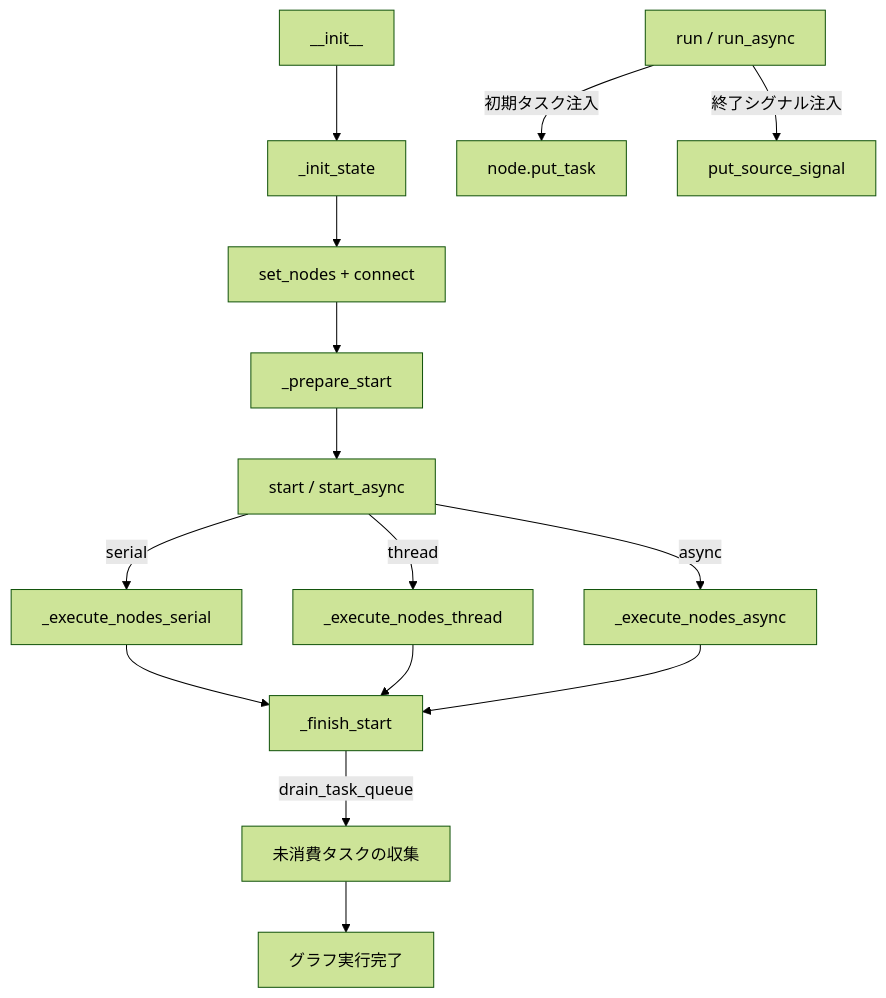
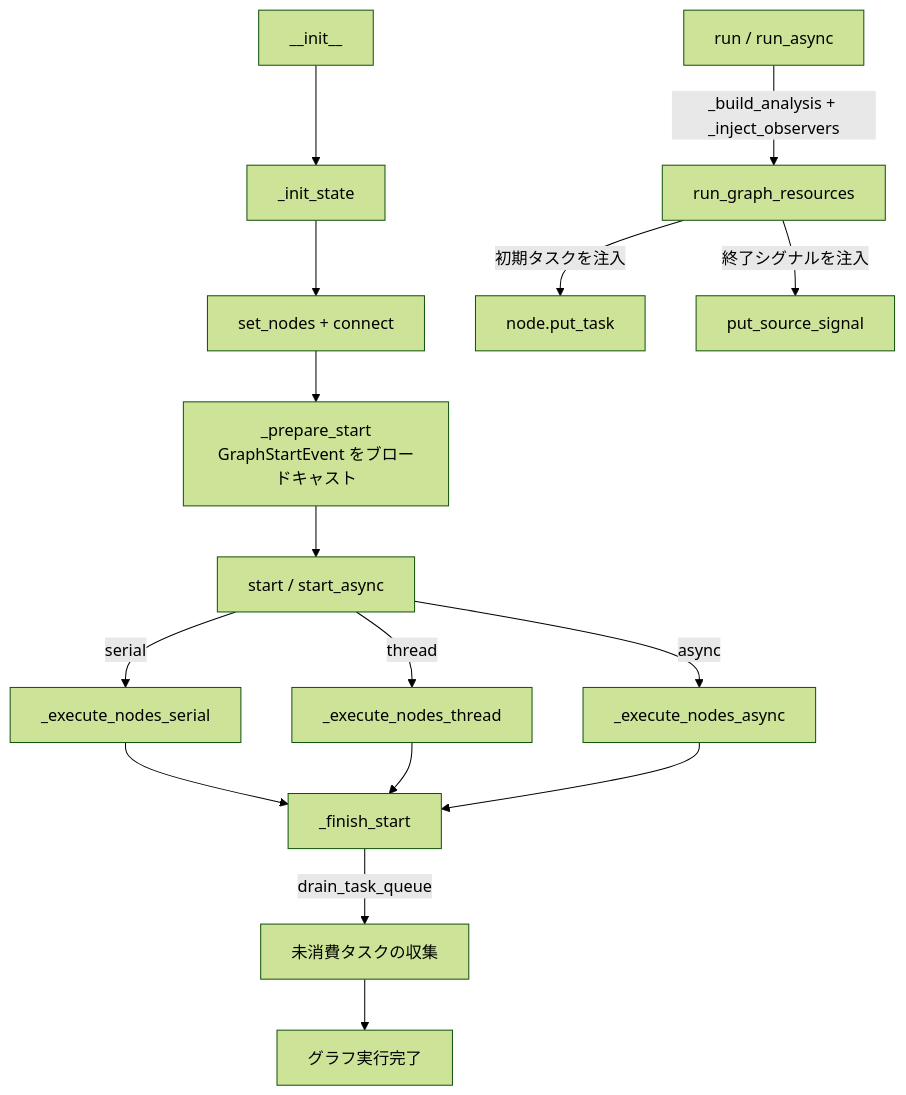
Before and after one commit to Mr-xiaotian/CelestialFlow: the second of 2 diagrams in docs/ja/src/graph/core_graph.md, drawn with Mermaid (forest theme). The commit also changed other lines of this file and 169 other files, not shown here.

````diff
--- a/docs/ja/src/graph/core_graph.md
+++ b/docs/ja/src/graph/core_graph.md
@@ -367,18 +476,19 @@
 ```mermaid
 flowchart TD
     INIT[__init__] --> INIT_STATE[_init_state]
     INIT_STATE --> BUILD[set_nodes + connect]
-    BUILD --> PREPARE[_prepare_start]
+    BUILD --> PREPARE[_prepare_start<br/>GraphStartEvent をブロードキャスト]
     PREPARE --> START[start / start_async]
     START -->|serial| SER[_execute_nodes_serial]
     START -->|thread| THR[_execute_nodes_thread]
     START -->|async| ASY[_execute_nodes_async]
     SER --> FINISH[_finish_start]
     THR --> FINISH
     ASY --> FINISH
     FINISH -->|drain_task_queue| DRAIN[未消費タスクの収集]
     DRAIN --> END[グラフ実行完了]
 
-    RUN[run / run_async] -->|初期タスク注入| PUT[node.put_task]
-    RUN -->|終了シグナル注入| SIGNAL[put_source_signal]
+    RUN[run / run_async] -->|_build_analysis + _inject_observers| RES[run_graph_resources]
+    RES -->|初期タスクを注入| PUT[node.put_task]
+    RES -->|終了シグナルを注入| SIGNAL[put_source_signal]
 ```
````
